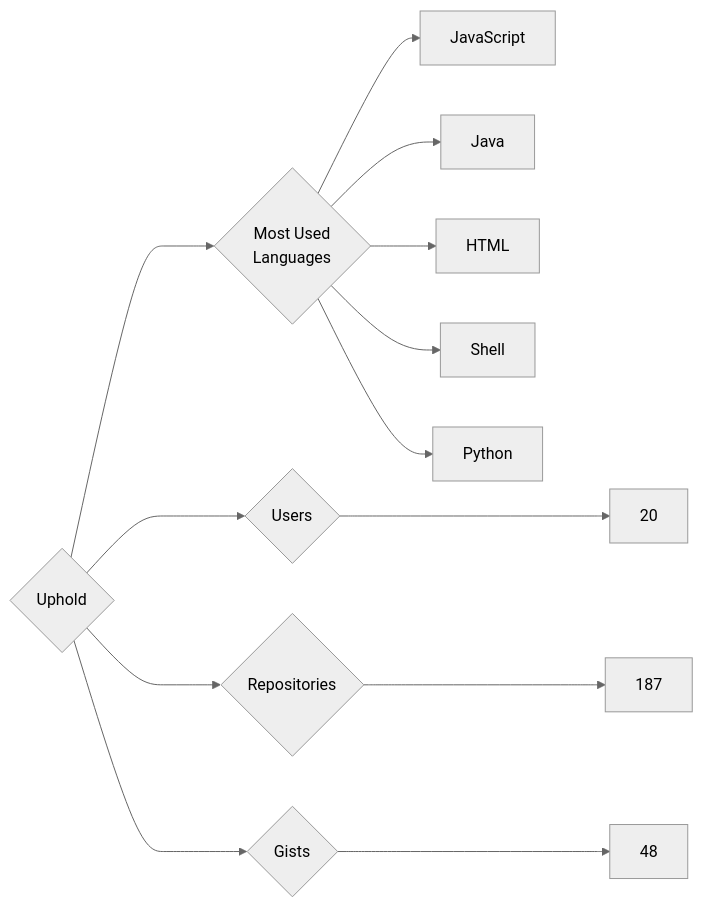
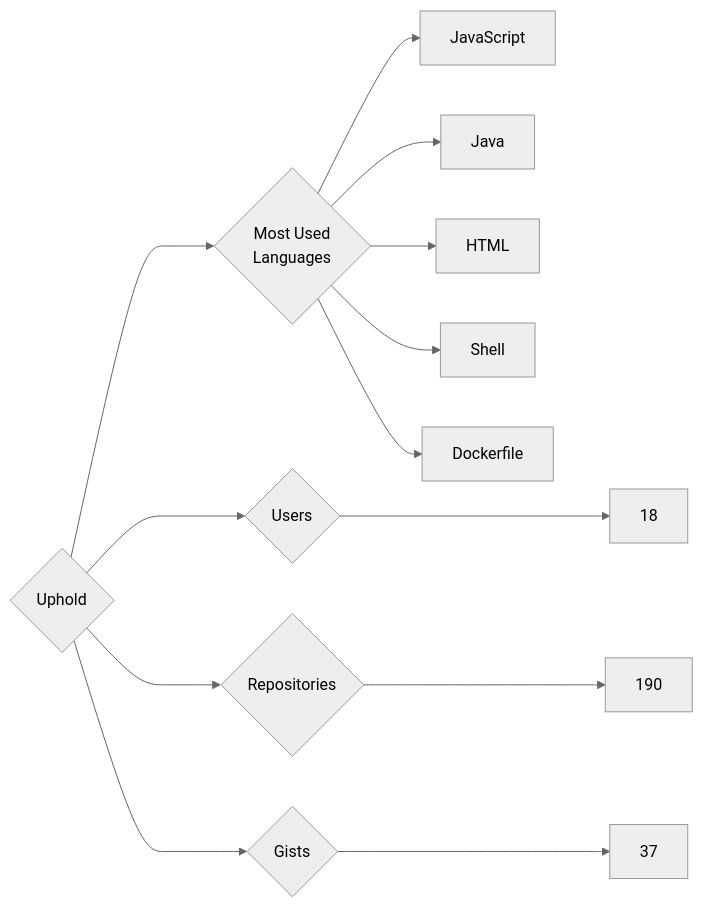
Before and after one commit to trickest/insiders: the diagram in targets/Uphold/README.md, drawn with Mermaid (neutral theme). The commit also changed 1484 other files, not shown here.

````diff
--- a/targets/Uphold/README.md
+++ b/targets/Uphold/README.md
@@ -3,13 +3,13 @@
 ```mermaid
 graph LR
 COMPANY_NAME{Uphold}
-COMPANY_NAME ---> U{Users} ---> UN[20]
-COMPANY_NAME ---> R{Repositories} ---> RN[187]
-COMPANY_NAME ---> G{Gists} ---> GN[48]
+COMPANY_NAME ---> U{Users} ---> UN[18]
+COMPANY_NAME ---> R{Repositories} ---> RN[190]
+COMPANY_NAME ---> G{Gists} ---> GN[37]
 COMPANY_NAME ---> ML{Most Used<br>Languages}
 ML --> JavaScript[JavaScript]
 ML --> Java[Java]
 ML --> HTML[HTML]
 ML --> Shell[Shell]
-ML --> Python[Python]
+ML --> Dockerfile[Dockerfile]
 ```
````
